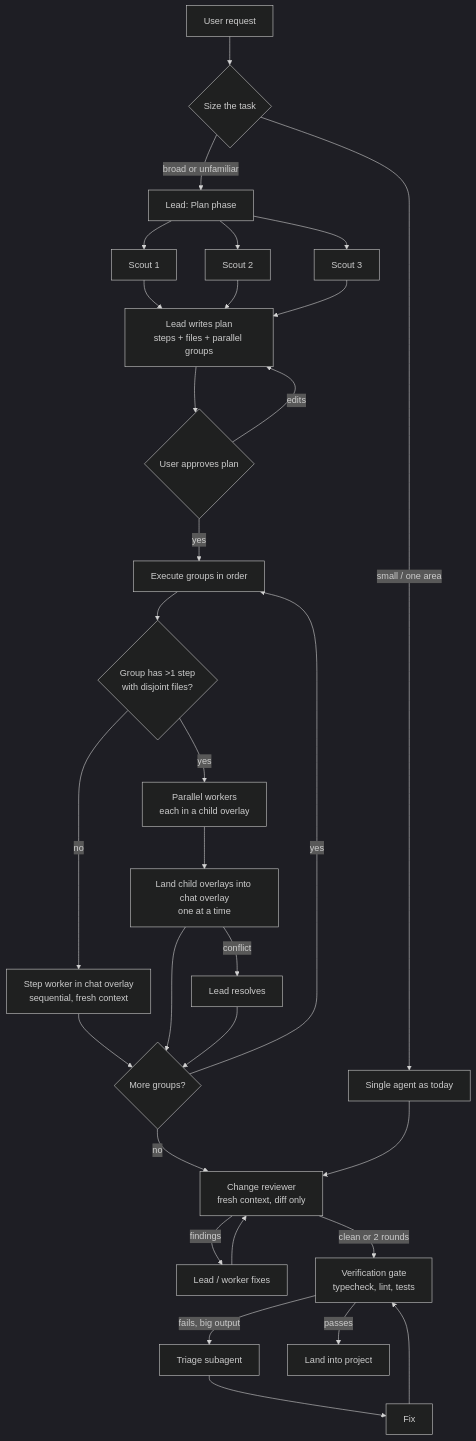
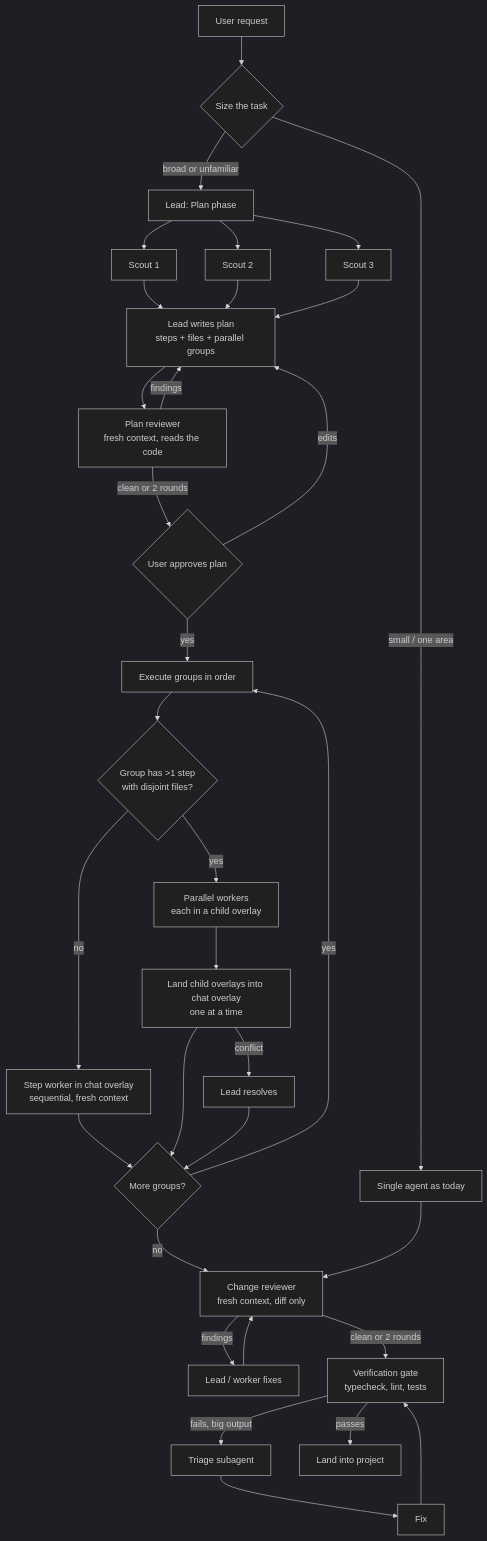
The diagram in docs/design/subagents.md (piliugin-anton/rovik-ide), drawn with Mermaid (dark theme) before and after one commit. The commit also changed other lines of this file and 1 other file, not shown here.

First line of the commit message:
Docs: plan reviewer for Plan mode

````diff
--- a/docs/design/subagents.md
+++ b/docs/design/subagents.md
@@ -202,29 +216,31 @@
 ```mermaid
 flowchart TD
     U[User request] --> R{Size the task}
     R -- small / one area --> SA[Single agent as today]
     R -- broad or unfamiliar --> P[Lead: Plan phase]
 
     P --> S1[Scout 1]
     P --> S2[Scout 2]
     P --> S3[Scout 3]
     S1 & S2 & S3 --> PL[Lead writes plan<br/>steps + files + parallel groups]
-    PL --> AP{User approves plan}
+    PL --> PR[Plan reviewer<br/>fresh context, reads the code]
+    PR -- findings --> PL
+    PR -- clean or 2 rounds --> AP{User approves plan}
     AP -- edits --> PL
     AP -- yes --> EX[Execute groups in order]
 
     EX --> G{Group has >1 step<br/>with disjoint files?}
     G -- no --> W1[Step worker in chat overlay<br/>sequential, fresh context]
     G -- yes --> WP[Parallel workers<br/>each in a child overlay]
     WP --> M[Land child overlays into chat overlay<br/>one at a time]
     M -- conflict --> LC[Lead resolves]
     W1 & M & LC --> NX{More groups?}
     NX -- yes --> EX
     NX -- no --> RV[Change reviewer<br/>fresh context, diff only]
 
     SA --> RV
     RV -- findings --> FX[Lead / worker fixes] --> RV
     RV -- clean or 2 rounds --> VG[Verification gate<br/>typecheck, lint, tests]
     VG -- fails, big output --> TR[Triage subagent] --> FX2[Fix] --> VG
     VG -- passes --> L[Land into project]
 ```
````
